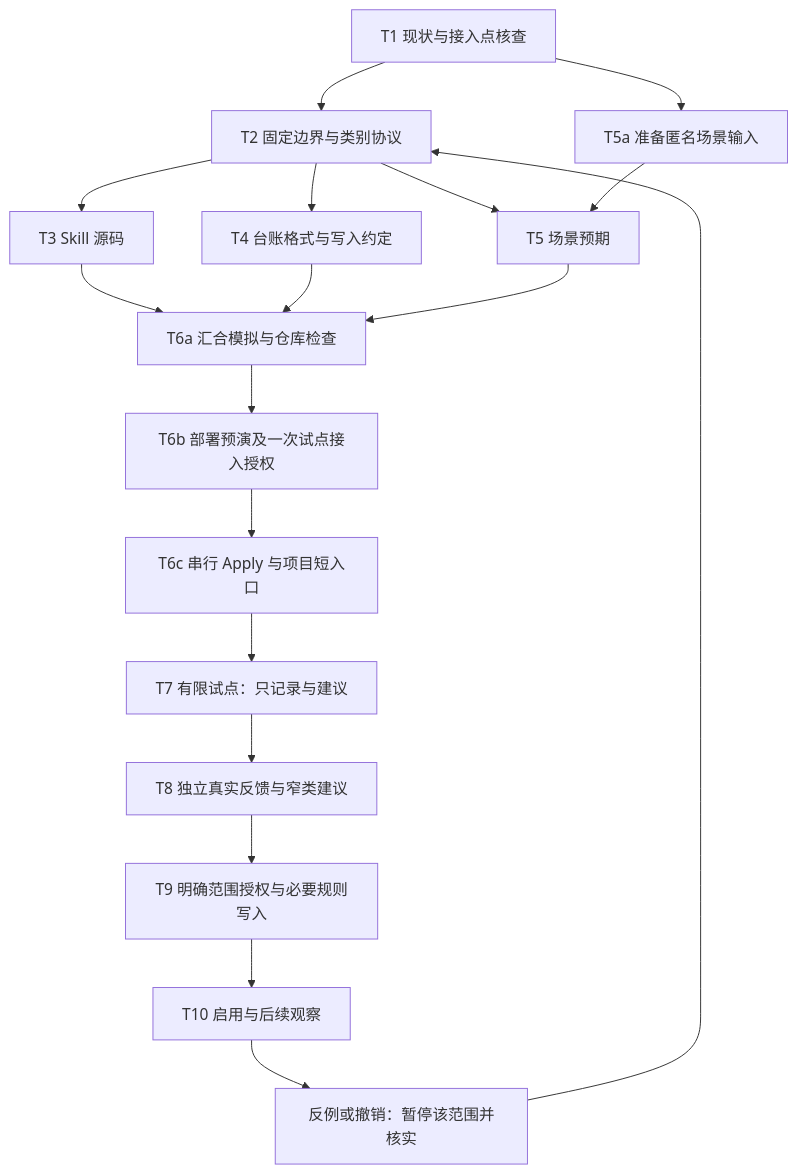
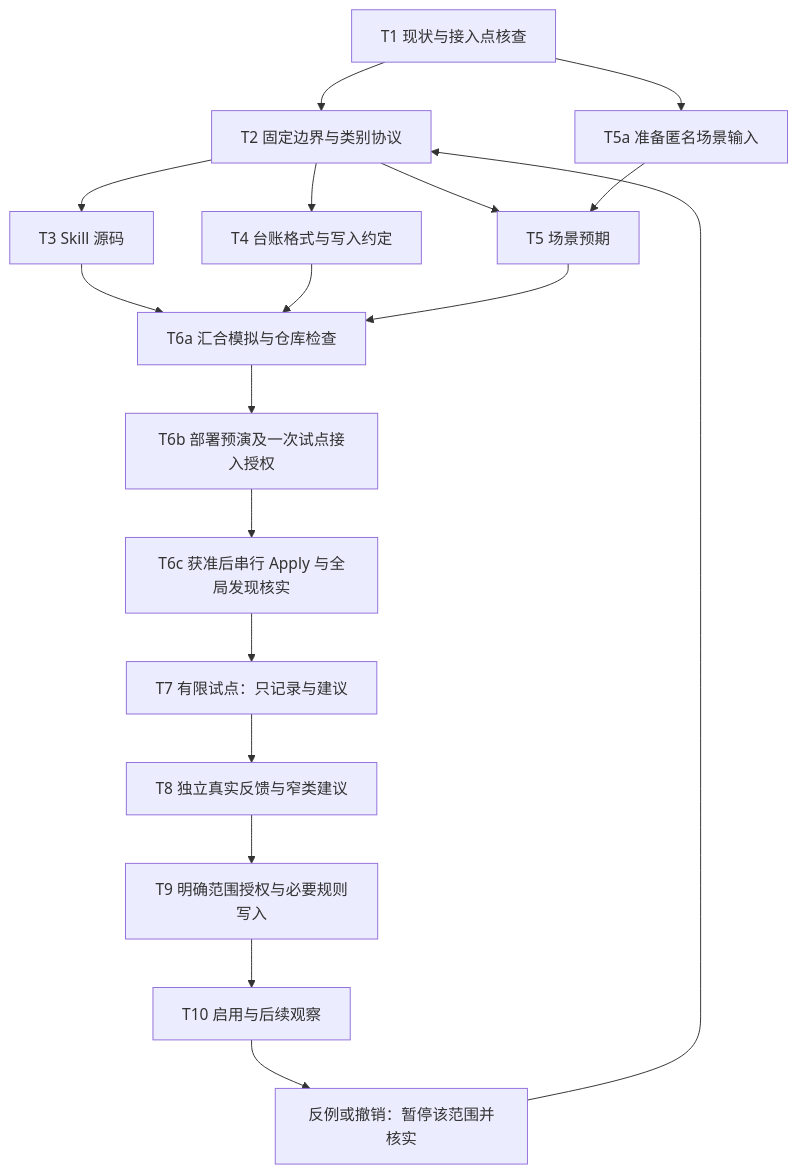
The diagram in docs/APPROVAL_FEEDBACK_EXECUTION_PLAN_2026-11-01.md (MaginaLW/ai-agent-dotfiles), drawn with Mermaid before and after one commit. The commit also changed other lines of this file and 10 other files, not shown here.

````diff
--- a/docs/APPROVAL_FEEDBACK_EXECUTION_PLAN_2026-11-01.md
+++ b/docs/APPROVAL_FEEDBACK_EXECUTION_PLAN_2026-11-01.md
@@ -39,20 +39,20 @@
 ```mermaid
 flowchart TD
     T1[T1 现状与接入点核查] --> T2[T2 固定边界与类别协议]
     T1 --> T5a[T5a 准备匿名场景输入]
     T2 --> T3[T3 Skill 源码]
     T2 --> T4[T4 台账格式与写入约定]
     T2 --> T5[T5 场景预期]
     T5a --> T5
     T3 --> T6a[T6a 汇合模拟与仓库检查]
     T4 --> T6a
     T5 --> T6a
     T6a --> T6b[T6b 部署预演及一次试点接入授权]
-    T6b --> T6c[T6c 串行 Apply 与项目短入口]
+    T6b --> T6c[T6c 获准后串行 Apply 与全局发现核实]
     T6c --> T7[T7 有限试点：只记录与建议]
     T7 --> T8[T8 独立真实反馈与窄类建议]
     T8 --> T9[T9 明确范围授权与必要规则写入]
     T9 --> T10[T10 启用与后续观察]
     T10 --> R[反例或撤销：暂停该范围并核实]
     R --> T2
 ```
````
